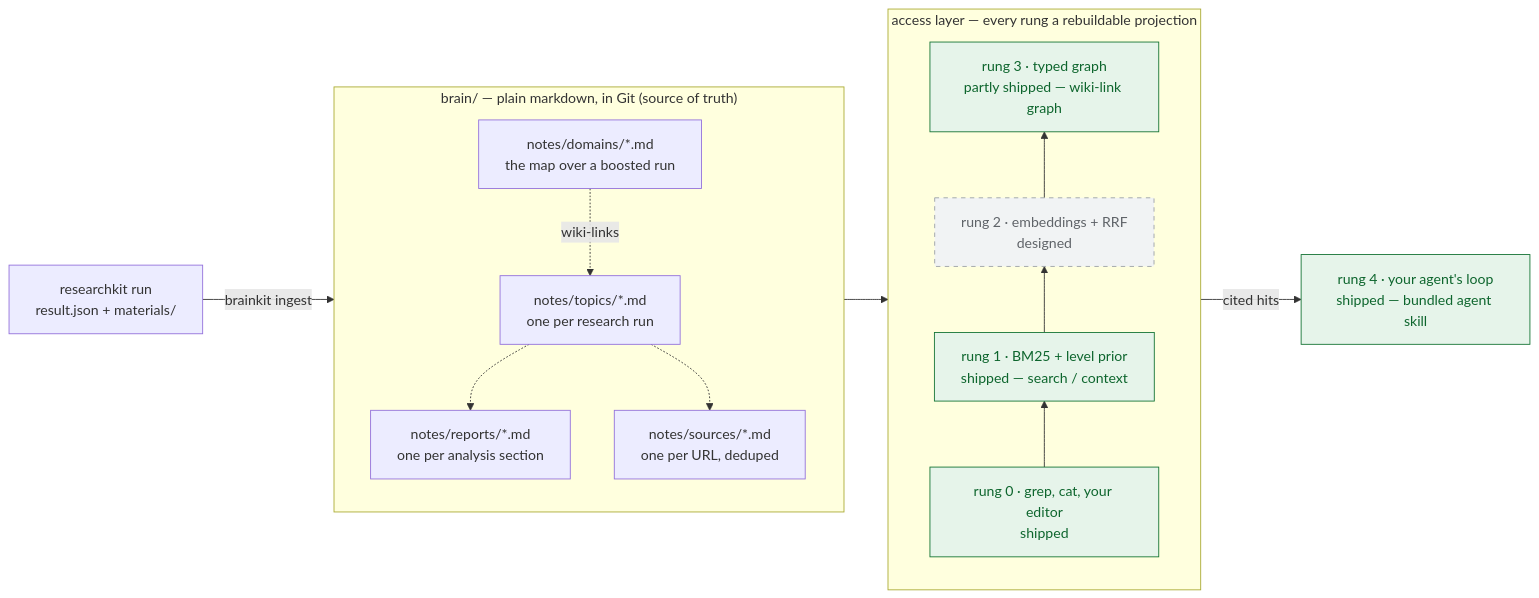
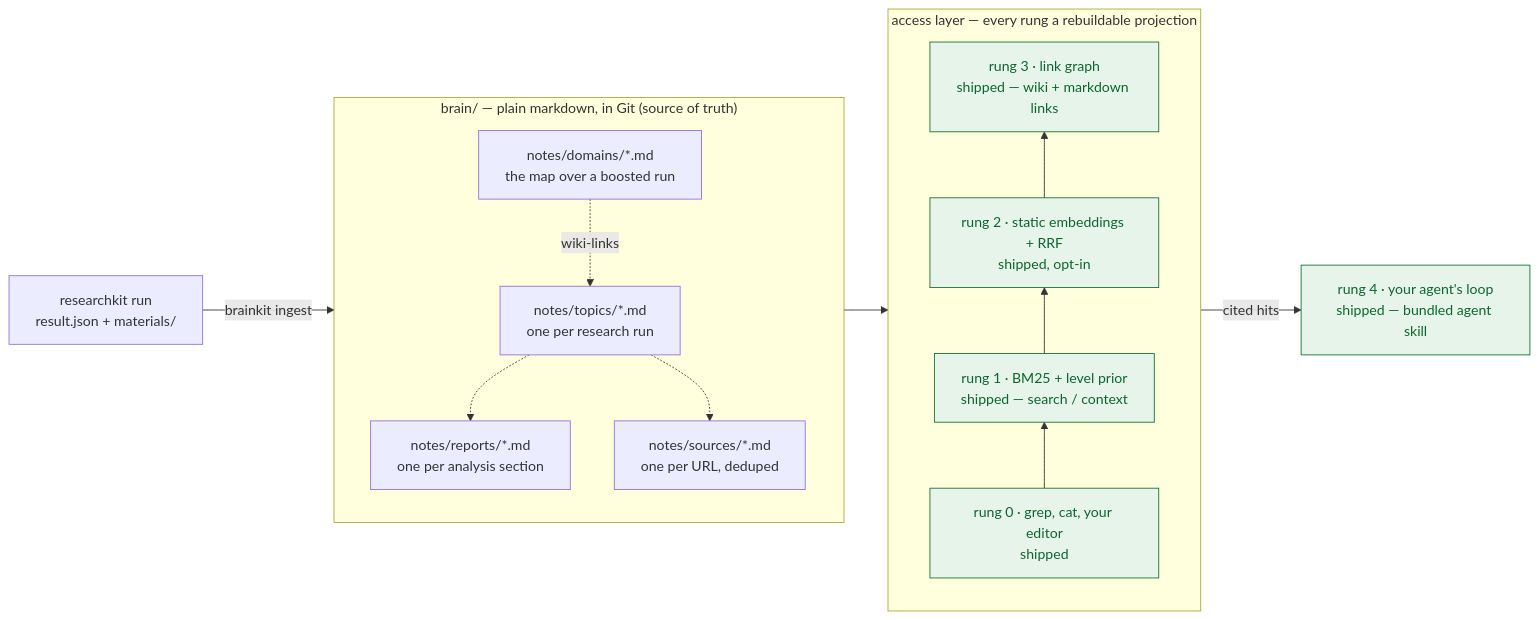
The second of 2 diagrams in README.md (Paldom/brainkit), drawn with Mermaid before and after one commit. The commit also changed other lines of this file and 221 other files, not shown here.

````diff
--- a/README.md
+++ b/README.md
@@ -39,27 +39,25 @@
 ```mermaid
 flowchart LR
     RK["researchkit run<br/>result.json + materials/"] -->|brainkit ingest| BRAIN
     subgraph BRAIN["brain/ — plain markdown, in Git (source of truth)"]
         direction TB
         D["notes/domains/*.md<br/>the map over a boosted run"]
         T["notes/topics/*.md<br/>one per research run"]
         P["notes/reports/*.md<br/>one per analysis section"]
         S["notes/sources/*.md<br/>one per URL, deduped"]
         D -.->|wiki-links| T -.-> P
         T -.-> S
     end
     subgraph LADDER["access layer — every rung a rebuildable projection"]
         direction BT
         R0["rung 0 · grep, cat, your editor<br/>shipped"]
         R1["rung 1 · BM25 + level prior<br/>shipped — search / context"]
-        R2["rung 2 · embeddings + RRF<br/>designed"]
-        R3["rung 3 · typed graph<br/>partly shipped — wiki-link graph"]
+        R2["rung 2 · static embeddings + RRF<br/>shipped, opt-in"]
+        R3["rung 3 · link graph<br/>shipped — wiki + markdown links"]
         R0 --> R1 --> R2 --> R3
     end
     BRAIN --> LADDER
     LADDER -->|cited hits| AGENT["rung 4 · your agent's loop<br/>shipped — bundled agent skill"]
     classDef shipped fill:#e6f4ea,stroke:#137333,color:#0d652d
-    classDef designed fill:#f1f3f4,stroke:#9aa0a6,color:#5f6368,stroke-dasharray: 5 5
-    class R0,R1,R3,AGENT shipped
-    class R2 designed
+    class R0,R1,R2,R3,AGENT shipped
 ```
````
